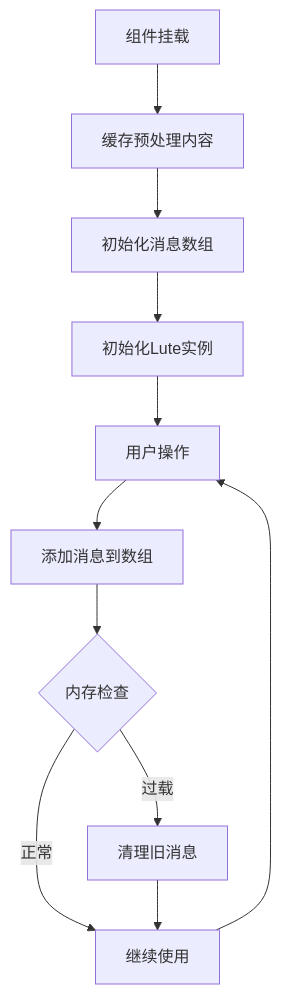
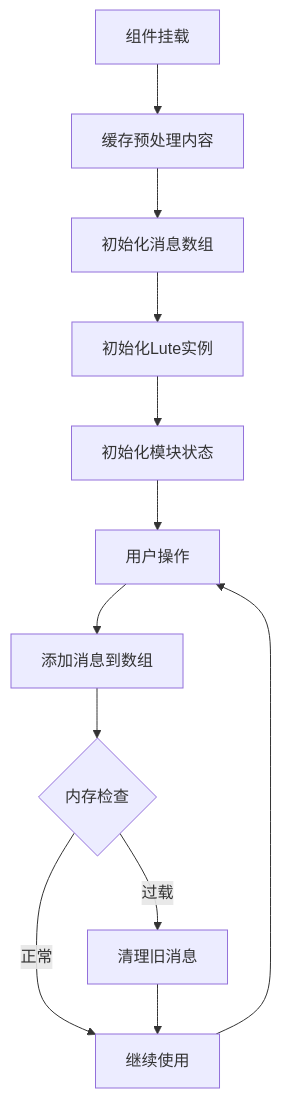
One commit to terwer/siyuan-plugin-blog changed diagram 33 of 34 in .qoder/repowiki/zh/content/核心功能/AI助手系统.md. Above: the diagram before and after it, drawn with Mermaid. The commit also changed other lines of this file and 5 other files, not shown here.

````diff
--- a/.qoder/repowiki/zh/content/核心功能/AI助手系统.md
+++ b/.qoder/repowiki/zh/content/核心功能/AI助手系统.md
@@ -915,13 +1182,14 @@
 ```mermaid
 flowchart TD
 Mount[组件挂载] --> CacheContent[缓存预处理内容]
 CacheContent --> InitMessages[初始化消息数组]
 InitMessages --> InitLute[初始化Lute实例]
-InitLute --> UserAction[用户操作]
+InitLute --> InitModules[初始化模块状态]
+InitModules --> UserAction[用户操作]
 UserAction --> AddMessage[添加消息到数组]
 AddMessage --> MemoryCheck{内存检查}
 MemoryCheck --> |正常| Continue[继续使用]
 MemoryCheck --> |过载| Cleanup[清理旧消息]
 Cleanup --> Continue
 Continue --> UserAction
 ```
````
